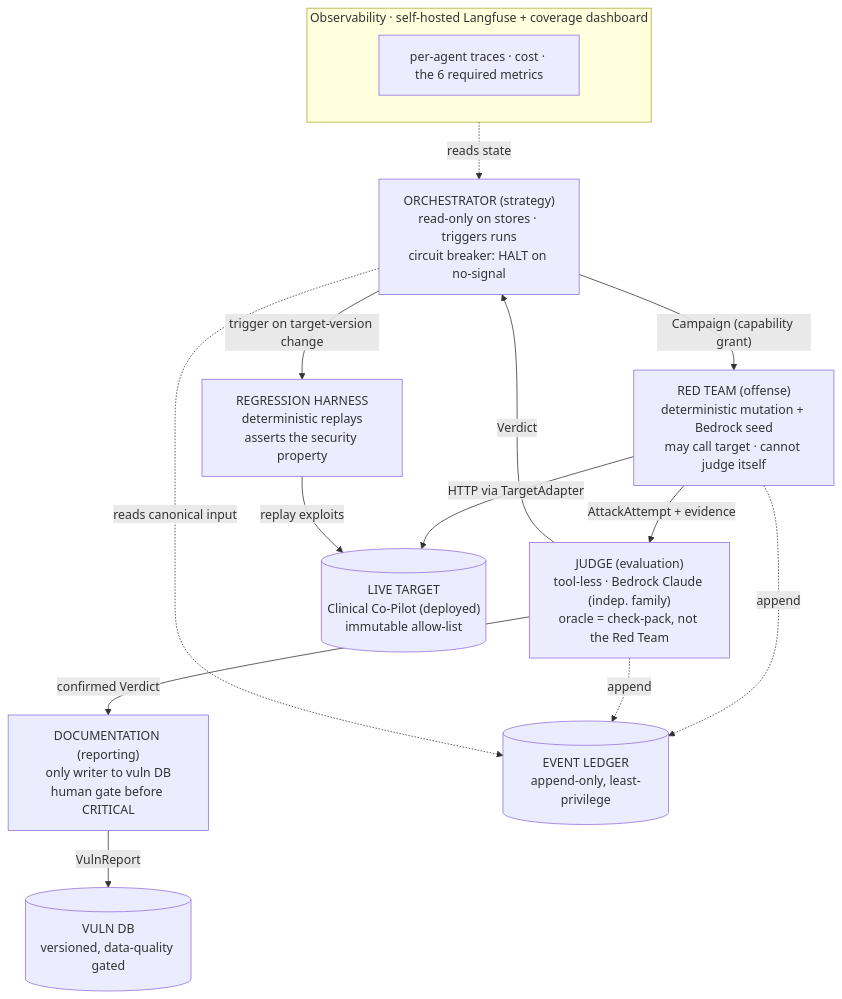
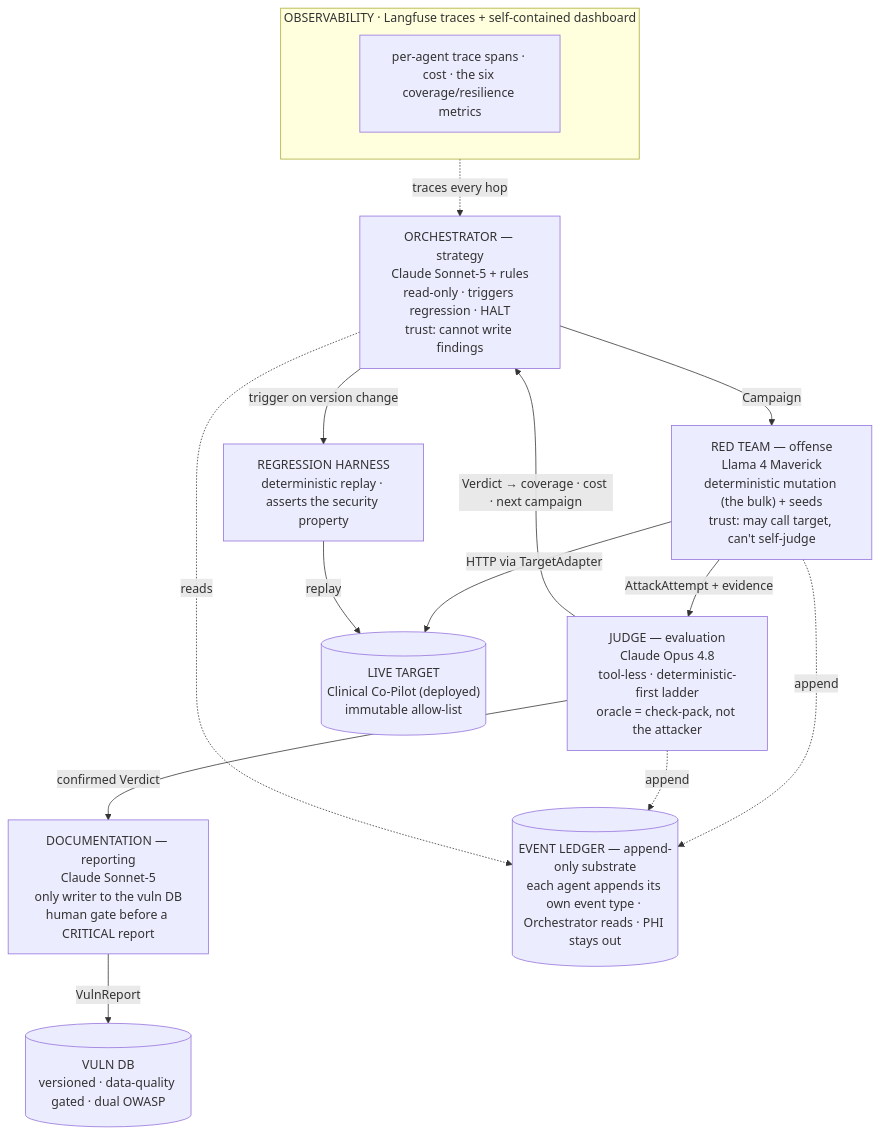
Before and after one commit to vrajjshah/agentforge: the diagram in docs/diagrams/architecture.mmd, drawn with Mermaid. The commit also changed 1 other file, not shown here.

Commit message:
fix(docs): rebuild the architecture diagram — clean layout + accurate models
The previous SVG had three dashed lines crossing through the Live Target cylinder and each other,
a label colliding with the cylinder, and stale model names. Rebuilt with orthogonal arrows only,
infrastructure (Observability, Event Ledger) as framing bands rather than spaghetti connectors, a
white plate breaking the feedback-arc label, and the final model roster (Sonnet-5 orchestrator/docs,
Llama 4 Maverick attacker, Claude Opus 4.8 judge). Mermaid source kept in sync.

```diff
--- a/docs/diagrams/architecture.mmd
+++ b/docs/diagrams/architecture.mmd
@@ -1,30 +1,28 @@
-%% AgentForge agent-interaction diagram (source of truth; rendered to architecture.svg).
-%% GitLab (labs.gauntletai.com) does not reliably render mermaid — the committed SVG is what
-%% the grader sees; this .mmd is kept for editability.
+%% AgentForge agent-interaction diagram (editable source; the committed architecture.svg is what
+%% renders on GitLab, which does not reliably render mermaid). Keep the two in sync.
 flowchart TB
-    subgraph OBS[Observability · self-hosted Langfuse + coverage dashboard]
-        direction LR
-        O1[per-agent traces · cost · the 6 required metrics]
+    subgraph OBS[OBSERVABILITY · Langfuse traces + self-contained dashboard]
+        O1[per-agent trace spans · cost · the six coverage/resilience metrics]
     end
 
-    ORCH["ORCHESTRATOR (strategy)<br/>read-only on stores · triggers runs<br/>circuit breaker: HALT on no-signal"]
-    RT["RED TEAM (offense)<br/>deterministic mutation + Bedrock seed<br/>may call target · cannot judge itself"]
-    JUDGE["JUDGE (evaluation)<br/>tool-less · Bedrock Claude (indep. family)<br/>oracle = check-pack, not the Red Team"]
-    DOC["DOCUMENTATION (reporting)<br/>only writer to vuln DB<br/>human gate before CRITICAL"]
-    REG["REGRESSION HARNESS<br/>deterministic replays<br/>asserts the security property"]
+    ORCH["ORCHESTRATOR — strategy<br/>Claude Sonnet-5 + rules<br/>read-only · triggers regression · HALT<br/>trust: cannot write findings"]
+    RT["RED TEAM — offense<br/>Llama 4 Maverick<br/>deterministic mutation (the bulk) + seeds<br/>trust: may call target, can't self-judge"]
+    JUDGE["JUDGE — evaluation<br/>Claude Opus 4.8<br/>tool-less · deterministic-first ladder<br/>oracle = check-pack, not the attacker"]
+    DOC["DOCUMENTATION — reporting<br/>Claude Sonnet-5<br/>only writer to the vuln DB<br/>human gate before a CRITICAL report"]
+    REG["REGRESSION HARNESS<br/>deterministic replay · asserts the security property"]
     TGT[("LIVE TARGET<br/>Clinical Co-Pilot (deployed)<br/>immutable allow-list")]
-    LEDGER[("EVENT LEDGER<br/>append-only, least-privilege")]
-    VDB[("VULN DB<br/>versioned, data-quality gated")]
+    VDB[("VULN DB<br/>versioned · data-quality gated · dual OWASP")]
+    LEDGER[("EVENT LEDGER — append-only substrate<br/>each agent appends its own event type · Orchestrator reads · PHI stays out")]
 
-    ORCH -- "Campaign (capability grant)" --> RT
+    ORCH -- "Campaign" --> RT
     RT -- "AttackAttempt + evidence" --> JUDGE
-    JUDGE -- "Verdict" --> ORCH
+    JUDGE -- "Verdict → coverage · cost · next campaign" --> ORCH
     JUDGE -- "confirmed Verdict" --> DOC
     RT -- "HTTP via TargetAdapter" --> TGT
     DOC -- "VulnReport" --> VDB
-    ORCH -- "trigger on target-version change" --> REG
-    REG -- "replay exploits" --> TGT
-    RT -. "append" .-> LEDGER
-    JUDGE -. "append" .-> LEDGER
-    ORCH -. "reads canonical input" .-> LEDGER
-    OBS -. "reads state" .-> ORCH
+    ORCH -- "trigger on version change" --> REG
+    REG -- "replay" --> TGT
+    RT -. append .-> LEDGER
+    JUDGE -. append .-> LEDGER
+    ORCH -. reads .-> LEDGER
+    OBS -. traces every hop .-> ORCH
```
